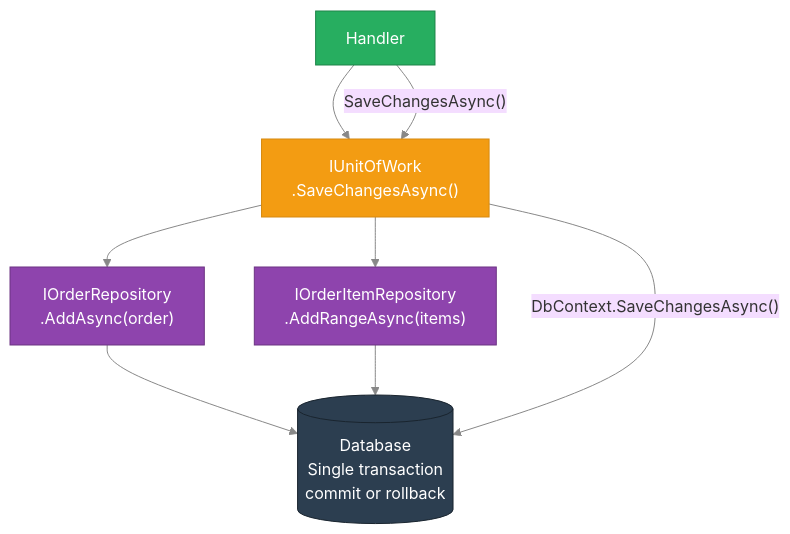
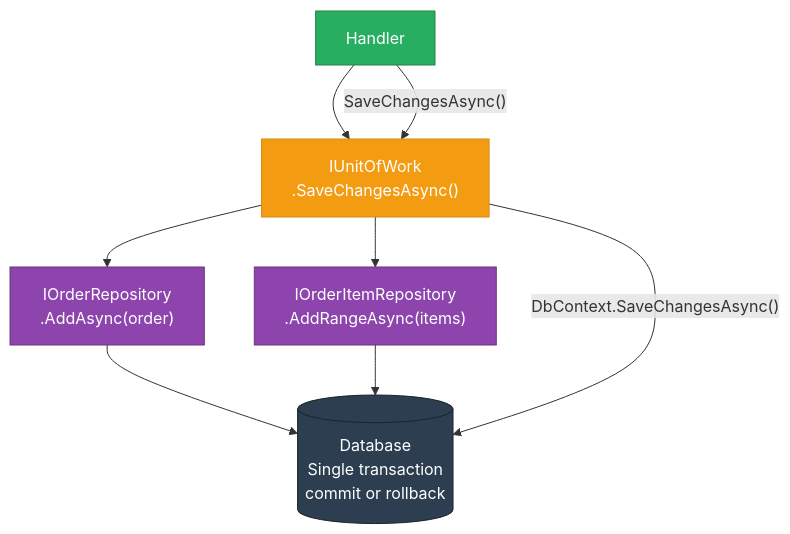
The second of 4 diagrams in docs/adr/ADR-011-Repository-Specification-and-Unit-of-Work.md (seesathish/AntKart-Src3), drawn with Mermaid before and after one commit. The commit also changed other lines of this file and 7 other files, not shown here.

````diff
--- a/docs/adr/ADR-011-Repository-Specification-and-Unit-of-Work.md
+++ b/docs/adr/ADR-011-Repository-Specification-and-Unit-of-Work.md
@@ -119,25 +118,24 @@
 ```mermaid
-%%{init: {'theme': 'base', 'themeVariables': {'lineColor': '#888888'}}}%%
-flowchart TD
+flowchart TB
     classDef hand fill:#27AE60,stroke:#1E8449,color:#fff
     classDef uow fill:#F39C12,stroke:#D68910,color:#fff
     classDef repo fill:#8E44AD,stroke:#6C3483,color:#fff
     classDef db fill:#2C3E50,stroke:#1A252F,color:#fff
 
     H["Handler"]:::hand
 
-    UoW["IUnitOfWork\n.SaveChangesAsync()"]:::uow
+    UoW["IUnitOfWork<br/>.SaveChangesAsync()"]:::uow
 
-    R1["IOrderRepository\n.AddAsync(order)"]:::repo
-    R2["IOrderItemRepository\n.AddRangeAsync(items)"]:::repo
+    R1["IOrderRepository<br/>.AddAsync(order)"]:::repo
+    R2["IOrderItemRepository<br/>.AddRangeAsync(items)"]:::repo
 
-    DB[("Database\nSingle transaction\ncommit or rollback")]:::db
+    DB[("Database<br/>Single transaction<br/>commit or rollback")]:::db
 
     H --> UoW
     UoW --> R1
     UoW --> R2
     R1 --> DB
     R2 --> DB
     H -->|"SaveChangesAsync()"| UoW
     UoW -->|"DbContext.SaveChangesAsync()"| DB
 ```
````
